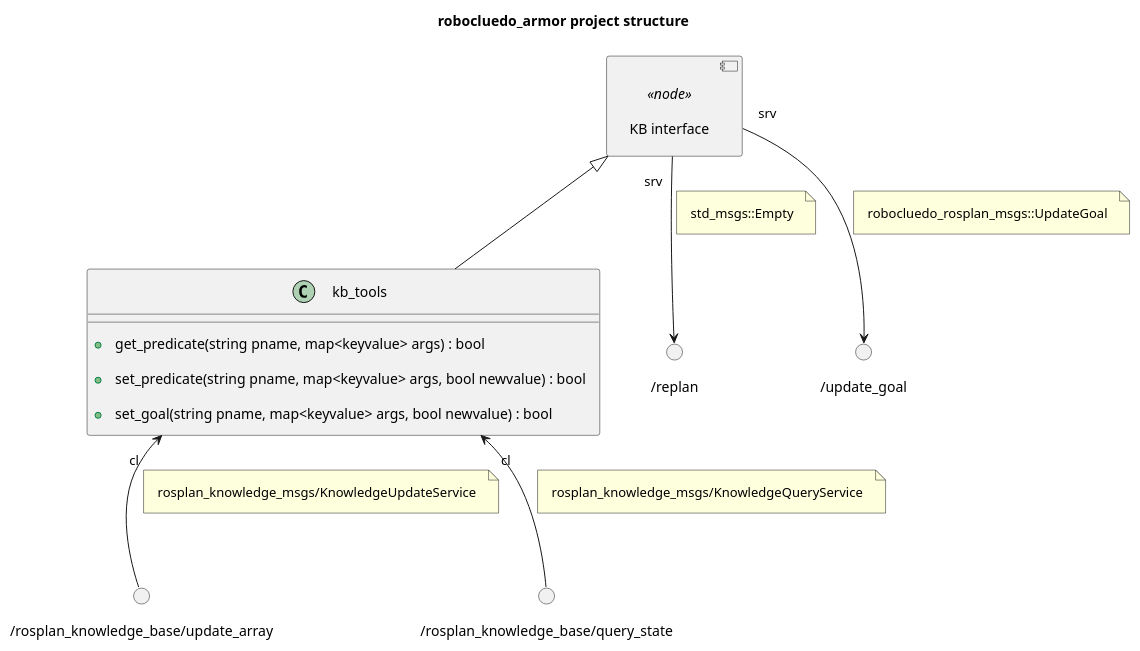
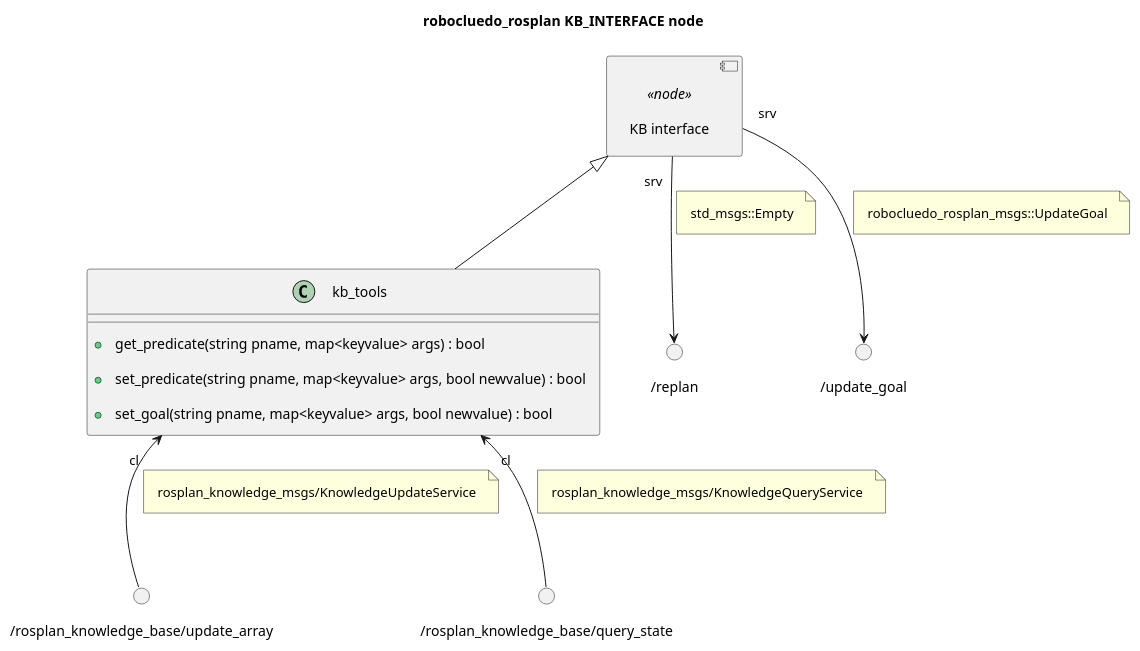
The third of 3 diagrams in robocluedo_rosplan/_uml/rosplan-kb.md (programmatoroSeduto/ExperimentalRoboticsLab-Assignment-3), drawn with PlantUML before and after one commit. The commit also changed other lines of this file and 131 other files, not shown here.

````diff
--- a/robocluedo_rosplan/_uml/rosplan-kb.md
+++ b/robocluedo_rosplan/_uml/rosplan-kb.md
@@ -456,54 +487,54 @@
 ```{uml} 
 @startuml
 
 ''' INFOS
-title robocluedo_armor project structure
+title robocluedo_rosplan KB_INTERFACE node
 skinparam Padding 8
 allow_mixing
 
 
 ''' COMPONENTS
 component "KB interface" <<node>> as KB_INTERFACE
 
 class "kb_tools" as TOOLS {
 + get_predicate(string pname, map<keyvalue> args) : bool
 + set_predicate(string pname, map<keyvalue> args, bool newvalue) : bool
 ' + get_goal(string pname, map<keyvalue> args, bool newvalue) : bool
 + set_goal(string pname, map<keyvalue> args, bool newvalue) : bool
 }
 KB_INTERFACE <|-- TOOLS
 
 () "/replan" as SRV_REPLAN
 KB_INTERFACE "srv" --> SRV_REPLAN
 note on link: std_msgs::Empty
 
 () "/update_goal" as SRV_UPDATE_GOAL
 KB_INTERFACE "srv" --> SRV_UPDATE_GOAL
 note on link: robocluedo_rosplan_msgs::UpdateGoal
 
 
 ''' SERVICES
 /'
 () "srv" as SRV_
 KB_INTERFACE "srv" <-- "cl" SRV_
 note on link: 
 '/
 
 ' () "/rosplan_knowledge_base/clear" as SRV_KB_CLEAR
 ' KB "srv" --> "cl" SRV_KB_CLEAR
 ' note on link: std_srvs::Empty
 
 () "/rosplan_knowledge_base/update_array" as SRV_KB_UPDATE
 TOOLS "cl" <-- SRV_KB_UPDATE
 note on link: rosplan_knowledge_msgs/KnowledgeUpdateService
 
 () "/rosplan_knowledge_base/query_state" as SRV_QUERY
 TOOLS "cl" <-- SRV_QUERY
 note on link: rosplan_knowledge_msgs/KnowledgeQueryService
 
 
 ''' CONNECTIONS
 ' ...
 
 @enduml
 ```
````
